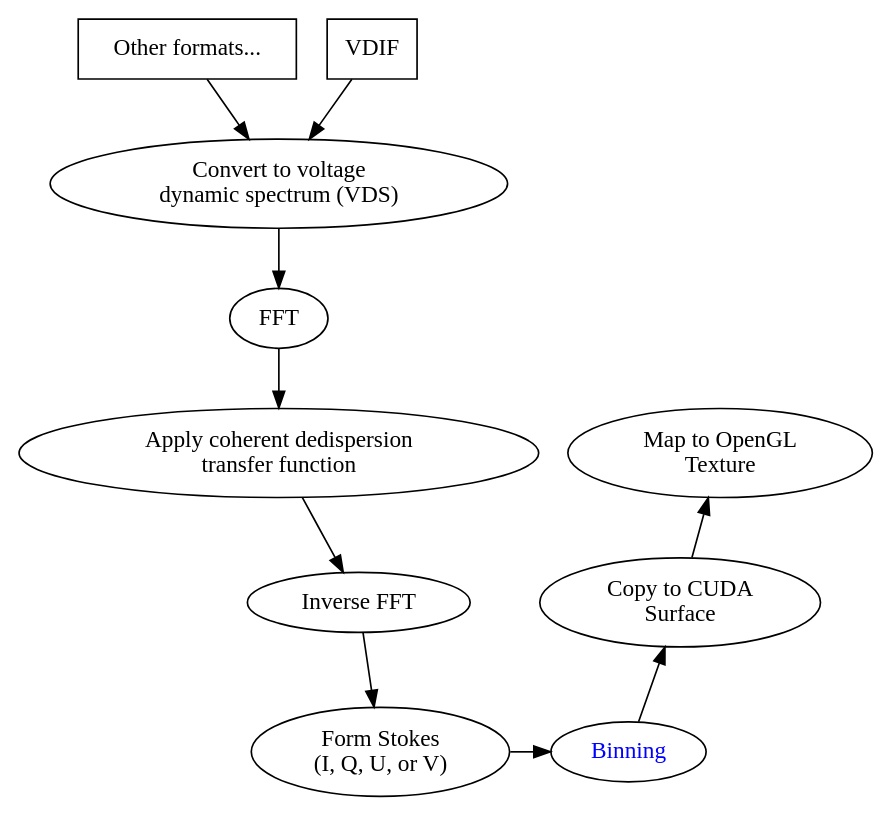
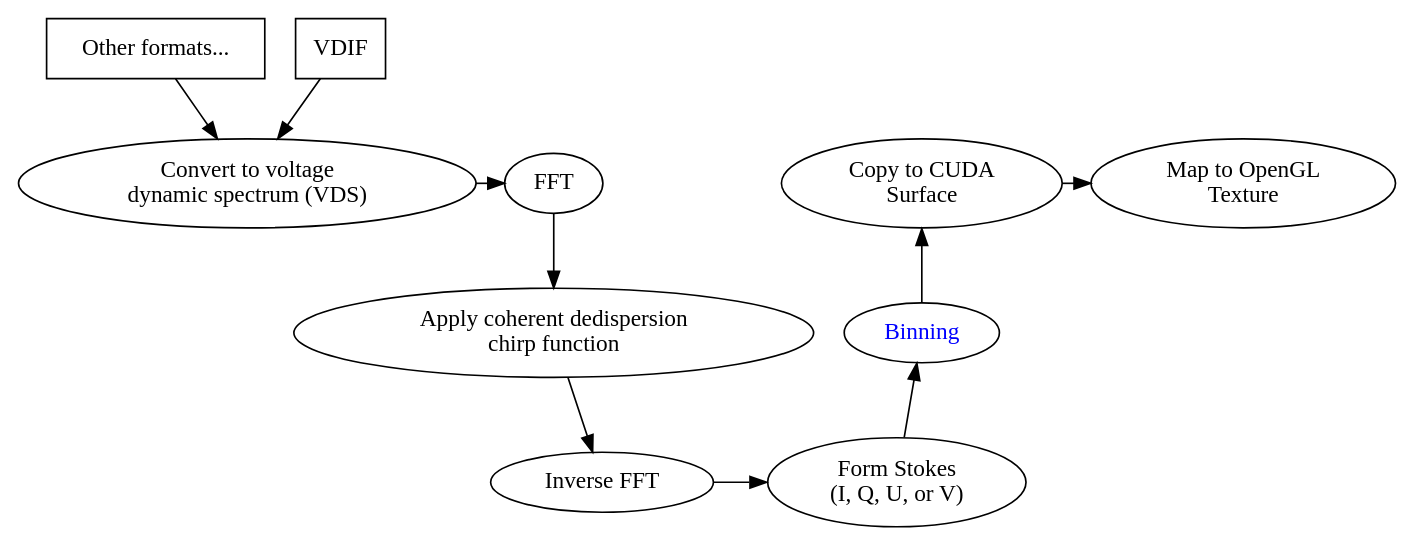
The diagram in doc/images/datapipeline.dot (robotopia/dm-slider), drawn with Graphviz before and after one commit.

Commit message:
Trying to improve layout of data pipeline dot graph

```diff
--- a/doc/images/datapipeline.dot
+++ b/doc/images/datapipeline.dot
@@ -1,44 +1,51 @@
 digraph cudaopengl
 {
     OtherFormats [shape="box", label="Other formats..."];
     VDIF [shape="box"];
     VDS [label="Convert to voltage\ndynamic spectrum (VDS)" ];
-    CohDD [label="Apply coherent dedispersion\ntransfer function"];
+    CohDD [label="Apply coherent dedispersion\nchirp function"];
     IFFT [label="Inverse FFT"];
     Detect [label="Form Stokes\n(I, Q, U, or V)"];
     Binning [href="@ref binning", fontcolor="blue"];
     Surface [label="Copy to CUDA\nSurface"];
     Texture [label="Map to OpenGL\nTexture"];
 
     VDIF -> VDS;
     OtherFormats -> VDS;
     VDS -> FFT -> CohDD -> IFFT -> Detect -> Binning -> Surface -> Texture;
 
     subgraph subs1
     {
         rank = same;
         VDIF;
         OtherFormats;
     }
 
     subgraph subs2
     {
         rank = same;
         Detect;
-        Binning;
+        IFFT;
     }
 
     subgraph subs3
     {
         rank = same;
-        IFFT;
-        Surface;
+        Binning;
+        CohDD;
     }
 
     subgraph subs4
     {
         rank = same;
-        CohDD;
+        Surface;
+        FFT;
+    }
+
+    subgraph subs4
+    {
+        rank = same;
         Texture;
+        VDS;
     }
 }
```
